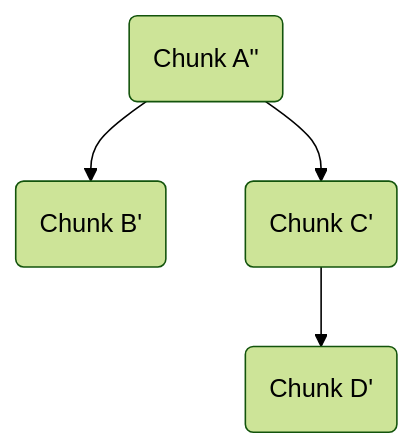
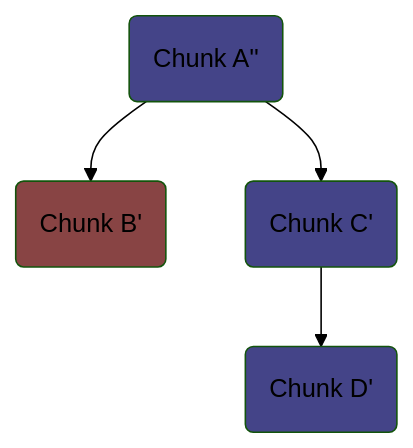
Before and after one commit to microsoft/FluidFramework: the sixth of 21 diagrams in packages/dds/tree/docs/wip/treeStorage.md, drawn with Mermaid (forest theme). The commit also changed other lines of this file, not shown here.

````diff
--- a/packages/dds/tree/docs/wip/treeStorage.md
+++ b/packages/dds/tree/docs/wip/treeStorage.md
@@ -133,10 +135,14 @@
 ```mermaid
 graph TD;
     A(Chunk A'')
     B(Chunk B')
     C(Chunk C')
     D(Chunk D')
     A-->B
     A-->C
     C-->D
+    style A fill:#448
+    style B fill:#844
+    style C fill:#448
+    style D fill:#448
 ```
````
